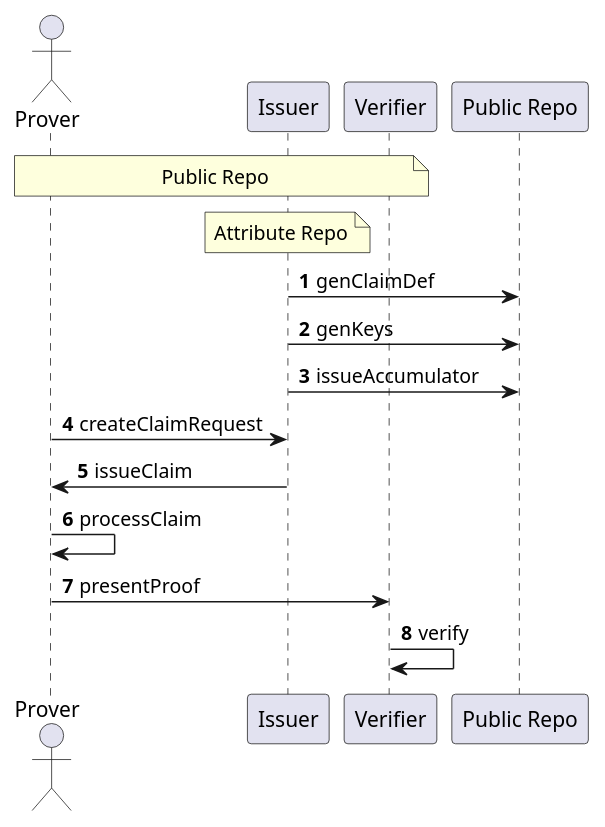
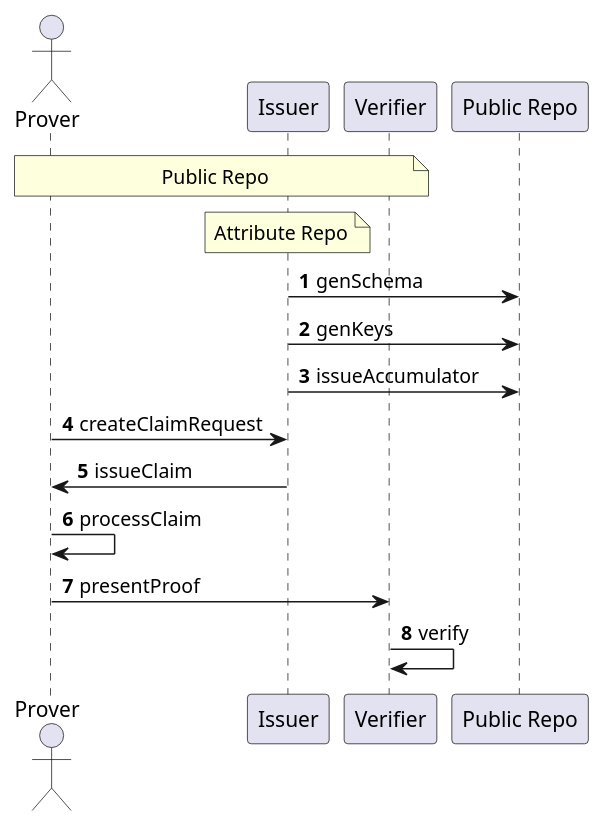
Before and after one commit to hyperledger-archives/indy-anoncreds: the diagram in docs/diagrams/anoncred_seq_api.puml, drawn with PlantUML. The commit also changed 2 other files, not shown here.

Commit message:
use 'schema' instead of 'claim def' in puml diagrams

```diff
--- a/docs/diagrams/anoncred_seq_api.puml
+++ b/docs/diagrams/anoncred_seq_api.puml
@@ -1,28 +1,28 @@
 @startuml
 actor Prover as P
 participant "Issuer" as I
 participant "Verifier" as V
 participant "Public Repo" as S
 
 note over P,V: Public Repo
 note over I: Attribute Repo
 
 autonumber
 
-I -> S: genClaimDef
+I -> S: genSchema
 
 I -> S: genKeys
 
 I -> S: issueAccumulator
 
 P -> I: createClaimRequest
 
 I -> P: issueClaim
 
 P -> P: processClaim
 
 P -> V: presentProof
 
 V -> V: verify
 
 @enduml
```
